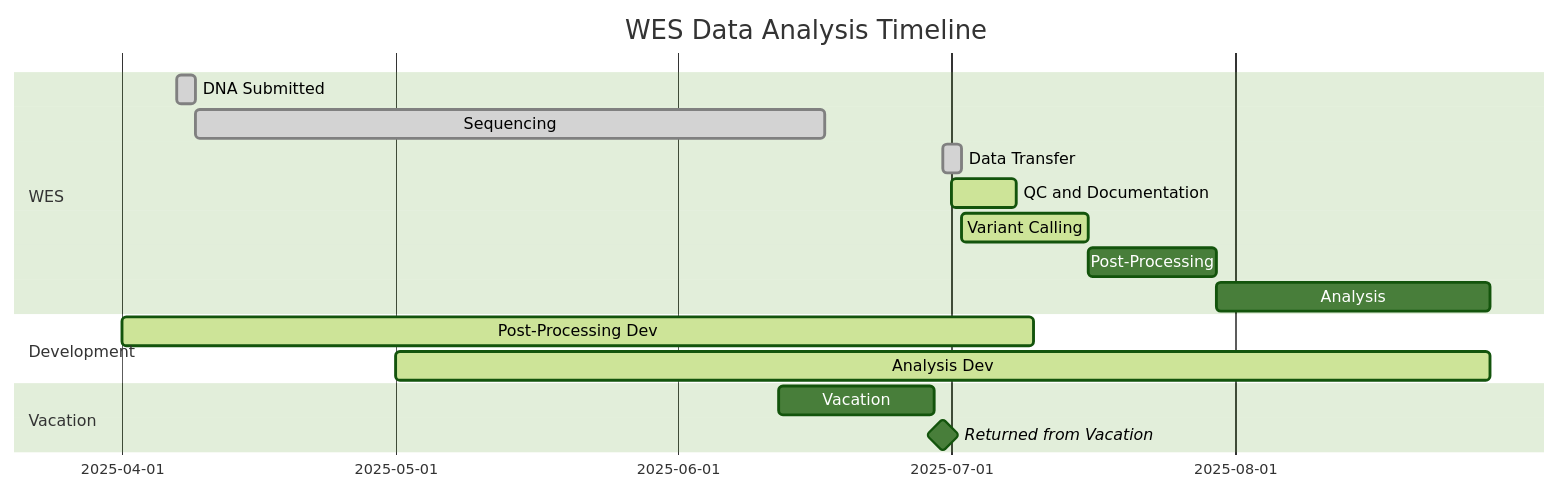
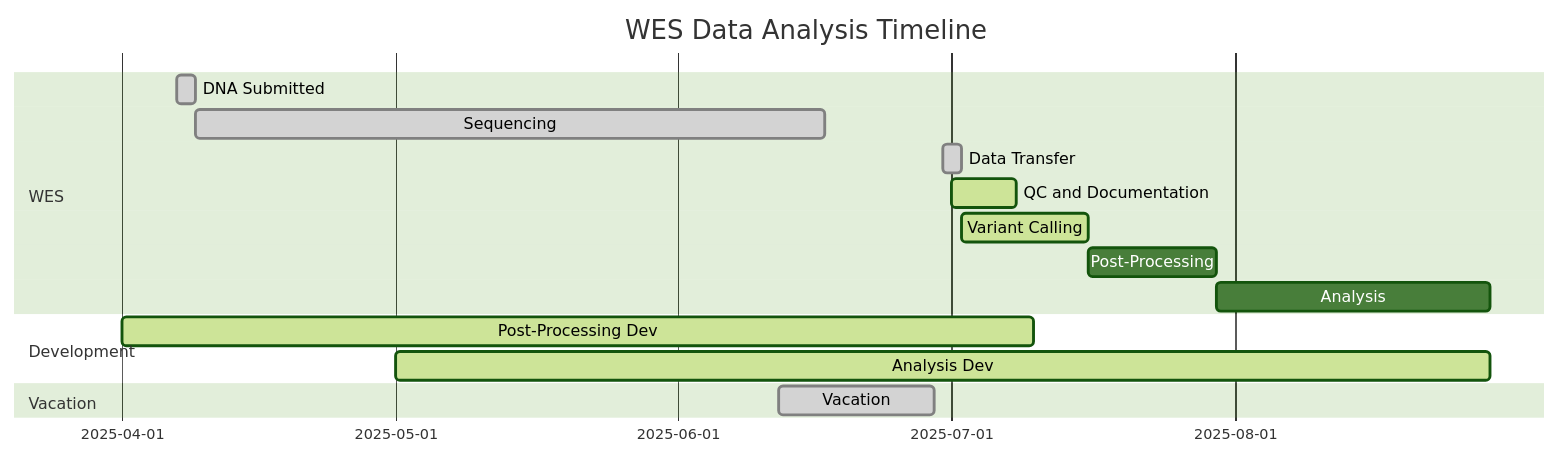
One commit to delpropo/WES_Analysis_11340_9740 changed the first of 2 diagrams in README.md. Above: the diagram before and after it, drawn with Mermaid (forest theme). The commit also changed other lines of this file, not shown here.

Commit message:
Add legend to gantt chart

````diff
--- a/README.md
+++ b/README.md
@@ -19,19 +19,18 @@
 ```mermaid
 gantt
     title WES Data Analysis Timeline
     dateFormat YYYY-MM-DD
     section WES
         DNA Submitted          :done,   wes1, 2025-04-07, 2d
         Sequencing             :done,   wes2, after wes1, 2025-06-17
         Data Transfer          :done,   wes_transfer, 2025-06-30, 2d
         QC and Documentation   :active, wes3, 2025-07-01, 7d
         Variant Calling        :active, analysis1, after wes_transfer, 14d
         Post-Processing        :        analysis2, after analysis1, 14d
         Analysis               :        analysis3, after analysis2, 30d
     section Development
         Post-Processing Dev    :active, dev1, 2025-04-01, 100d
         Analysis Dev           :active, dev2, 2025-05-01, 120d
     section Vacation
-        Vacation               :        vac1, 2025-06-12, 17d
-        Returned from Vacation :milestone, vac2, 2025-06-30, 0d
+        Vacation               :done,   vac1, 2025-06-12, 17d
 ```
````
